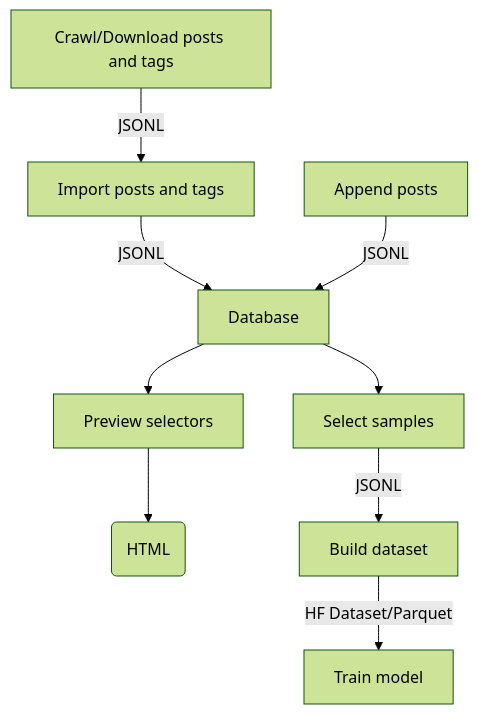
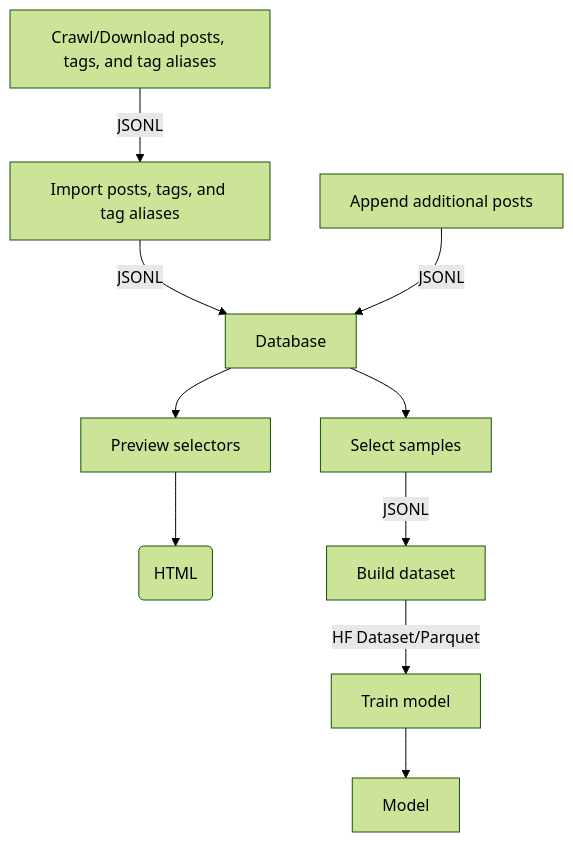
One commit to hearmeneigh/dataset-rising changed the diagram in README.md. Above: the diagram before and after it, drawn with Mermaid (forest theme).

````diff
--- a/README.md
+++ b/README.md
@@ -318,12 +318,12 @@
 ```mermaid
 flowchart TD
-    CRAWL[Crawl/Download posts and tags] -- JSONL --> IMPORT
-    IMPORT[Import posts and tags] -- JSONL --> STORE
-    APPEND[Append posts] -- JSONL --> STORE
+    CRAWL[Crawl/Download posts, tags, and tag aliases] -- JSONL --> IMPORT
+    IMPORT[Import posts, tags, and tag aliases] -- JSONL --> STORE
+    APPEND[Append additional posts] -- JSONL --> STORE
     STORE[Database] --> PREVIEW
-    STORE --> PICK
+    STORE --> SELECT
     PREVIEW[Preview selectors] --> HTML(HTML)
-    PICK[Select samples] -- JSONL --> BUILD
+    SELECT[Select samples] -- JSONL --> BUILD
     BUILD[Build dataset] -- HF Dataset/Parquet --> TRAIN
-    TRAIN[Train model]
+    TRAIN[Train model] --> MODEL[Model]
 ```
````
